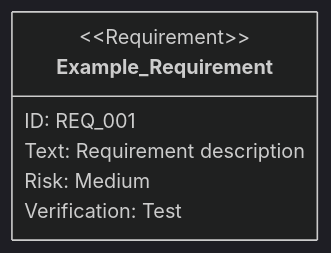
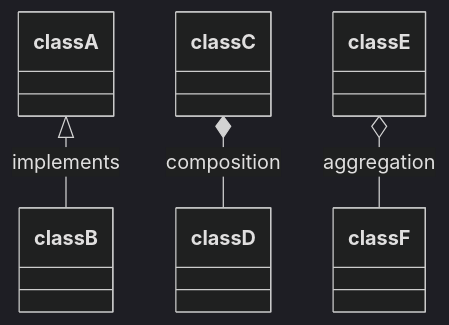
Before and after one commit to ToshikiImagawa/ai-sdd-workflow: diagram 15 of 51 in plugins/sdd-workflow/shared/references/mermaid_notation_rules.md, drawn with Mermaid. The commit also changed other lines of this file and 2 other files, not shown here.

Commit message:
要件図の構文をMermaidの標準仕様に基づき全面更新し、関連記述を最新化。要素、属性、関係性定義の詳細例および記法ガイドを強化。

````diff
--- a/plugins/sdd-workflow/shared/references/mermaid_notation_rules.md
+++ b/plugins/sdd-workflow/shared/references/mermaid_notation_rules.md
@@ -183,11 +312,7 @@
 ```mermaid
 %%{init: {'theme': 'dark'}}%%
-requirementDiagram
-
-    requirement Example_Requirement {
-        id: REQ_001
-        text: "Requirement description"
-        risk: medium
-        verifymethod: test
-    }
+classDiagram
+    classA <|-- classB: implements
+    classC *-- classD: composition
+    classE o-- classF: aggregation
 ```
````
